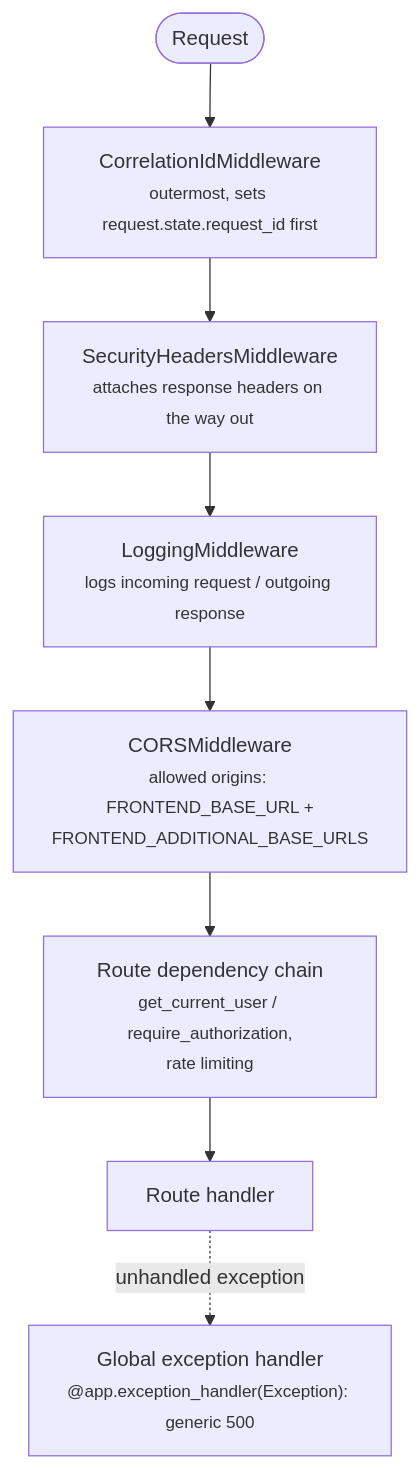
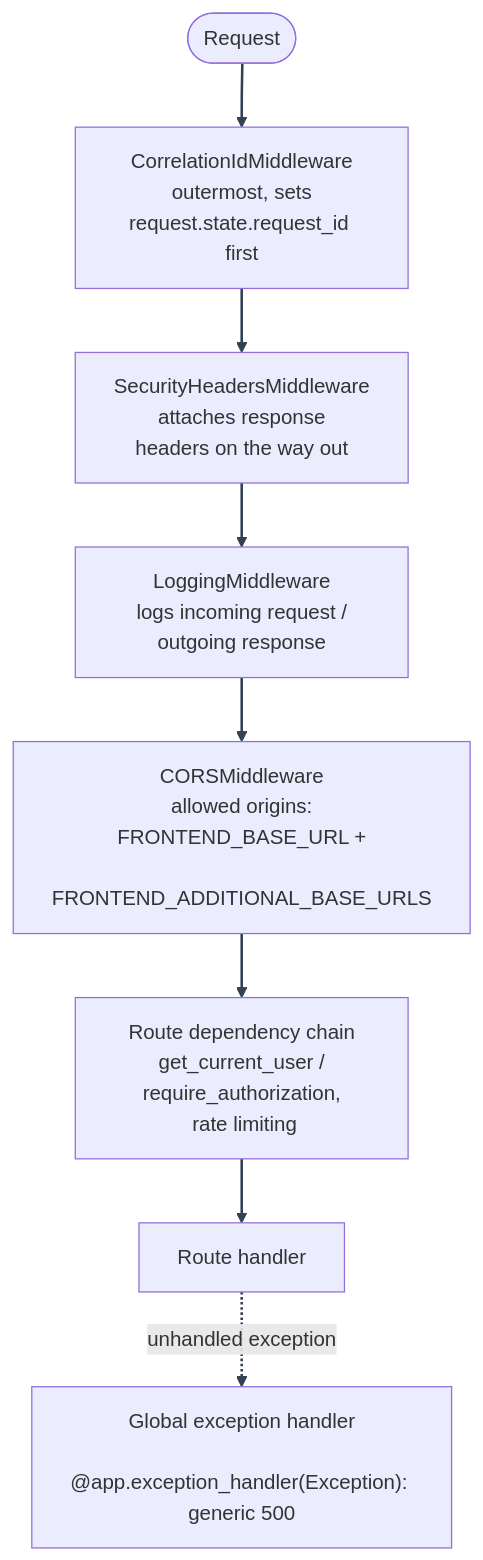
One commit to Nachiket-2024/mystic-auth changed the diagram in docs/mystic_auth/architecture/backend.md. Above: the diagram before and after it, drawn with Mermaid. The commit also changed other lines of this file and 630 other files, not shown here.

````diff
--- a/docs/mystic_auth/architecture/backend.md
+++ b/docs/mystic_auth/architecture/backend.md
@@ -33,14 +35,16 @@
 ```mermaid
+%%{init: {"themeVariables": {"lineColor": "#334155"}} }%%
 flowchart TD
     Request(["Request"])
-    Correlation["CorrelationIdMiddleware<br/><small>outermost, sets request.state.request_id first</small>"]
-    Security["SecurityHeadersMiddleware<br/><small>attaches response headers on the way out</small>"]
-    Logging["LoggingMiddleware<br/><small>logs incoming request / outgoing response</small>"]
-    Cors["CORSMiddleware<br/><small>allowed origins: FRONTEND_BASE_URL +<br/>FRONTEND_ADDITIONAL_BASE_URLS</small>"]
-    Deps["Route dependency chain<br/><small>get_current_user / require_authorization,<br/>rate limiting</small>"]
+    Correlation["CorrelationIdMiddleware<br/> outermost, sets request.state.request_id first"]
+    Security["SecurityHeadersMiddleware<br/> attaches response headers on the way out"]
+    Logging["LoggingMiddleware<br/> logs incoming request / outgoing response"]
+    Cors["CORSMiddleware<br/> allowed origins: FRONTEND_BASE_URL +<br/> FRONTEND_ADDITIONAL_BASE_URLS"]
+    Deps["Route dependency chain<br/> get_current_user / require_authorization,<br/> rate limiting"]
     Handler["Route handler"]
-    Error["Global exception handler<br/><small>@app.exception_handler(Exception): generic 500</small>"]
+    Error["Global exception handler<br/> @app.exception_handler(Exception): generic 500"]
 
     Request --> Correlation --> Security --> Logging --> Cors --> Deps --> Handler
     Handler -. "unhandled exception" .-> Error
+    linkStyle default stroke:#334155,stroke-width:2px
 ```
````
